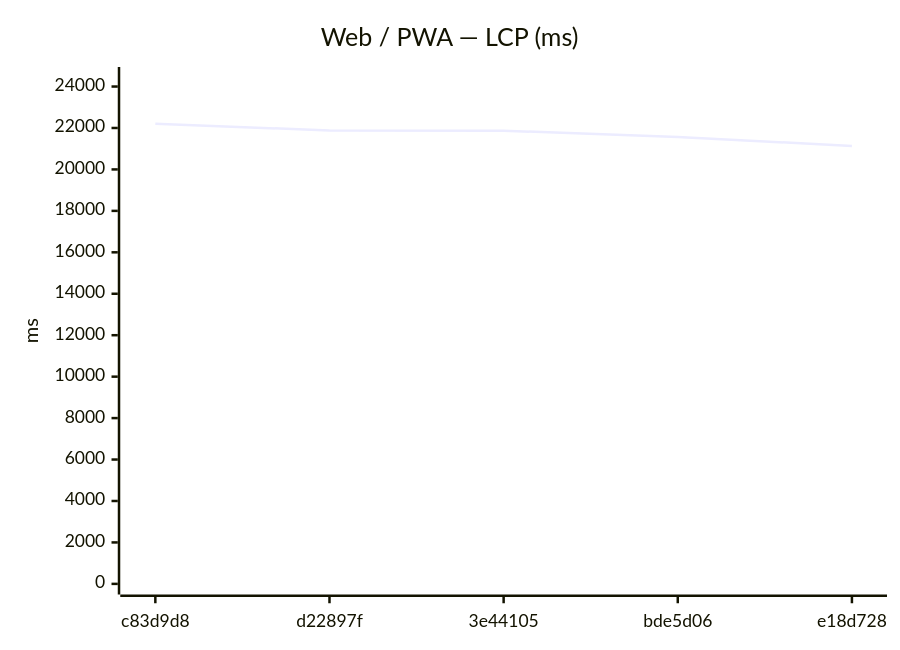
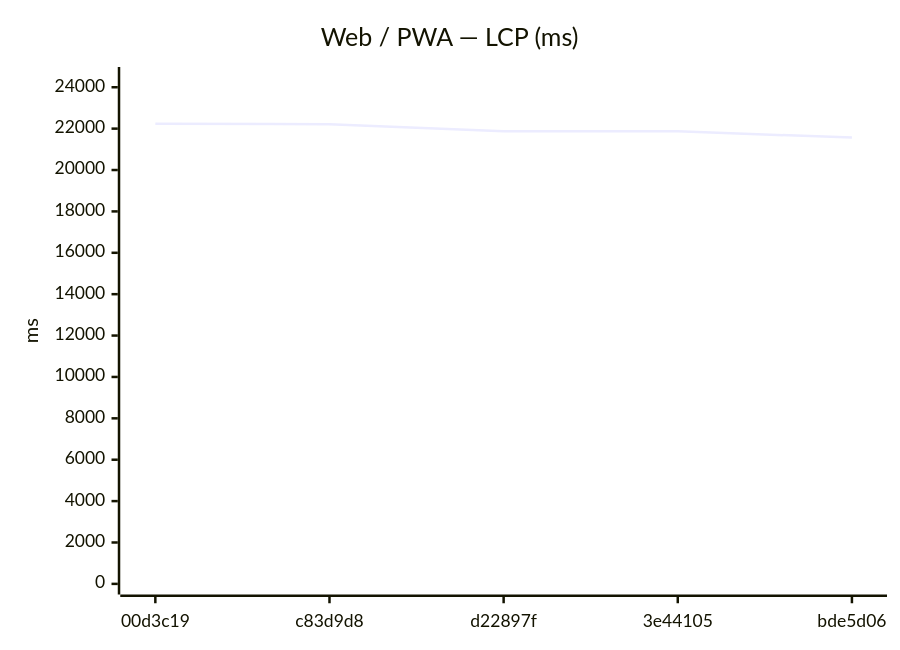
Before and after one commit to Metaheurist/Rianell: the seventh of 18 diagrams in benchmarks/compare.md, drawn with Mermaid. The commit also changed other lines of this file and 11 other files, not shown here.

````diff
--- a/benchmarks/compare.md
+++ b/benchmarks/compare.md
@@ -117,7 +117,7 @@
 ```mermaid
 xychart-beta
     title "Web / PWA — LCP (ms)"
-    x-axis ["c83d9d8", "d22897f", "3e44105", "bde5d06", "e18d728"]
-    y-axis "ms" 0 --> 24430
-    line [22209, 21878, 21870, 21566, 21132]
+    x-axis ["00d3c19", "c83d9d8", "d22897f", "3e44105", "bde5d06"]
+    y-axis "ms" 0 --> 24465
+    line [22240, 22209, 21878, 21870, 21566]
 ```
````
